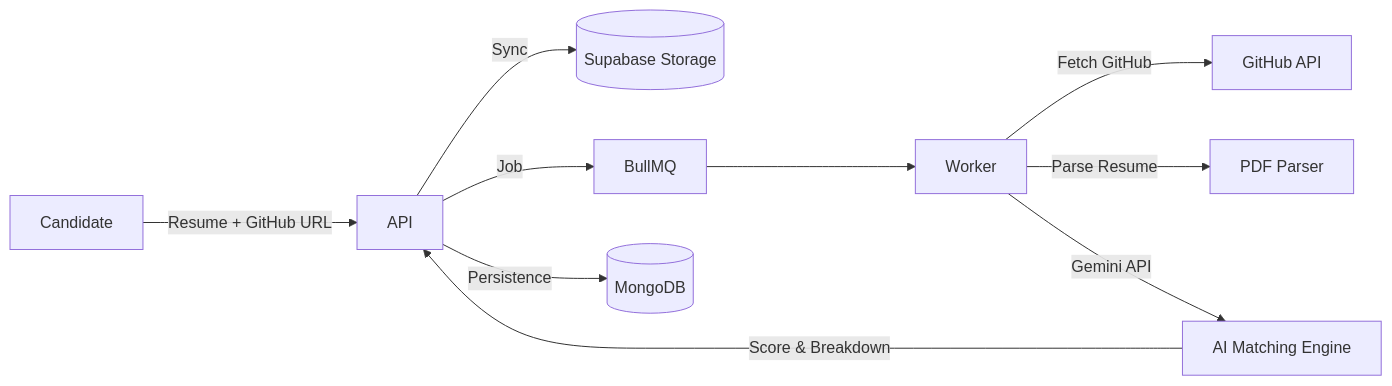
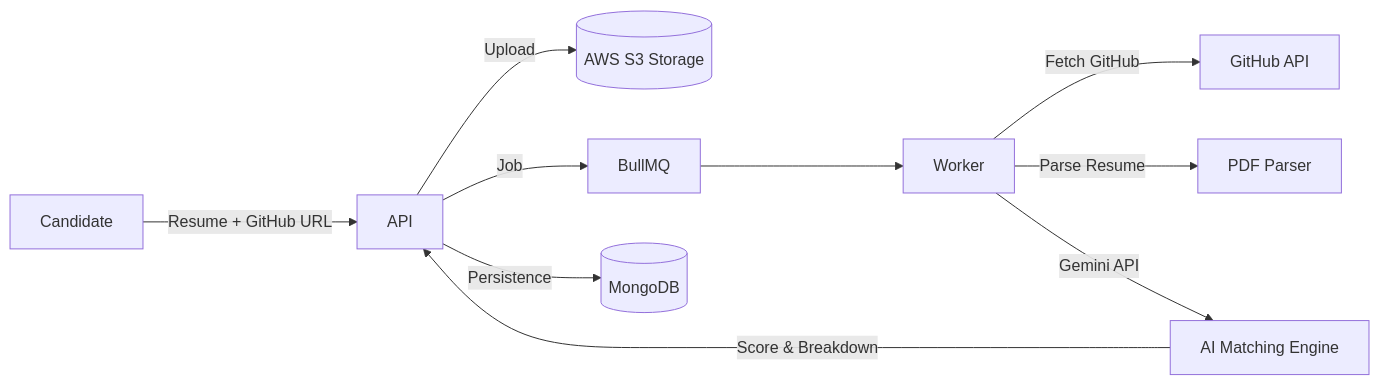
One commit to hardikkumar4472/AnalyzeGit changed the third of 3 diagrams in README.md. Above: the diagram before and after it, drawn with Mermaid. The commit also changed other lines of this file and 73 other files, not shown here.

````diff
--- a/README.md
+++ b/README.md
@@ -75,12 +132,12 @@
 ```mermaid
 graph LR
     C[Candidate] -->|Resume + GitHub URL| B[API]
-    B -->|Sync| Supa[(Supabase Storage)]
+    B -->|Upload| S3[(AWS S3 Storage)]
     B -->|Job| Q[BullMQ]
     Q --> W[Worker]
     W -->|Fetch GitHub| GH[GitHub API]
     W -->|Parse Resume| PDF[PDF Parser]
     W -->|Gemini API| AI[AI Matching Engine]
     AI -->|Score & Breakdown| B
     B -->|Persistence| D[(MongoDB)]
 ```
````
